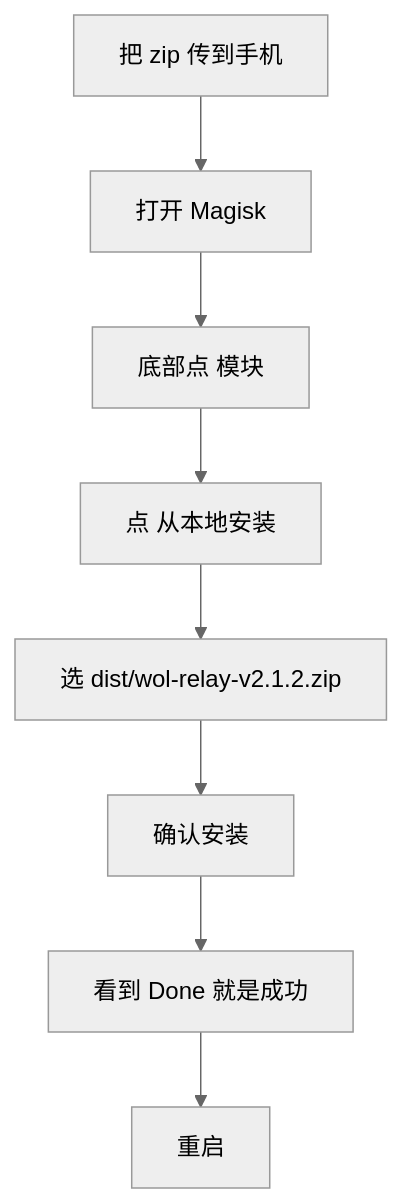
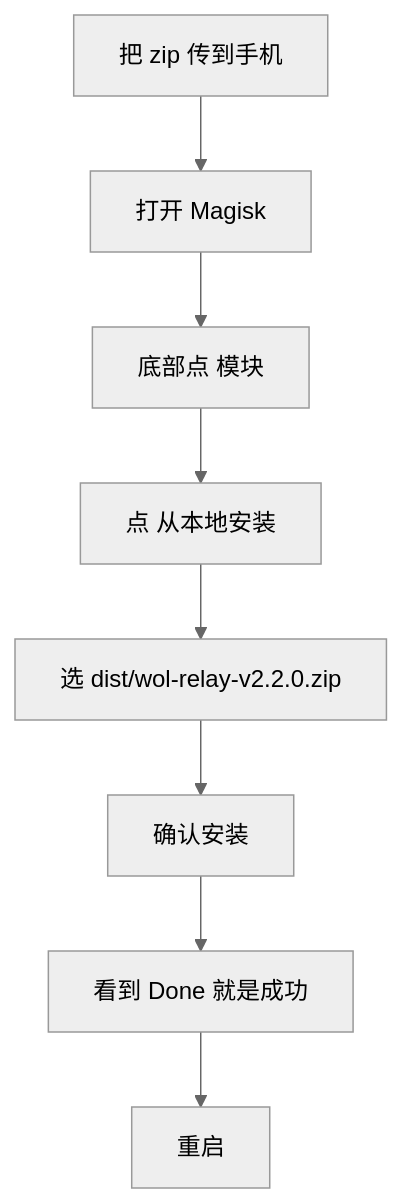
One commit to huangJUN6666/wol-relay-android changed the second of 6 diagrams in docs/03-备用机部署.md. Above: the diagram before and after it, drawn with Mermaid (neutral theme). The commit also changed other lines of this file and 6 other files, not shown here.

````diff
--- a/docs/03-备用机部署.md
+++ b/docs/03-备用机部署.md
@@ -67,10 +67,10 @@
 ```mermaid
 flowchart TD
     A[把 zip 传到手机] --> B[打开 Magisk]
     B --> C[底部点 模块]
     C --> D[点 从本地安装]
-    D --> E[选 dist/wol-relay-v2.1.2.zip]
+    D --> E[选 dist/wol-relay-v2.2.0.zip]
     E --> F[确认安装]
     F --> G[看到 Done 就是成功]
     G --> H[重启]
 ```
````
